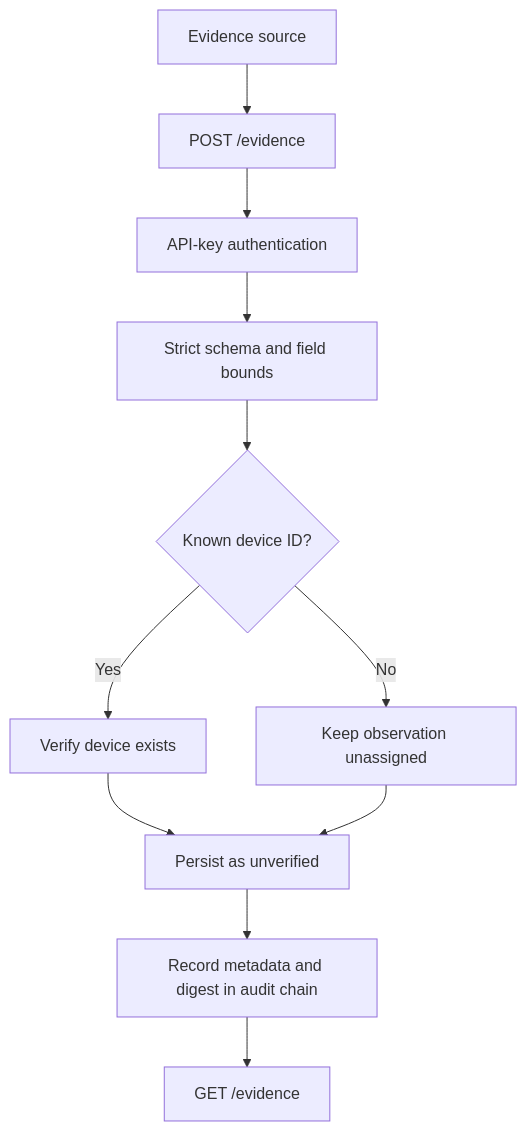
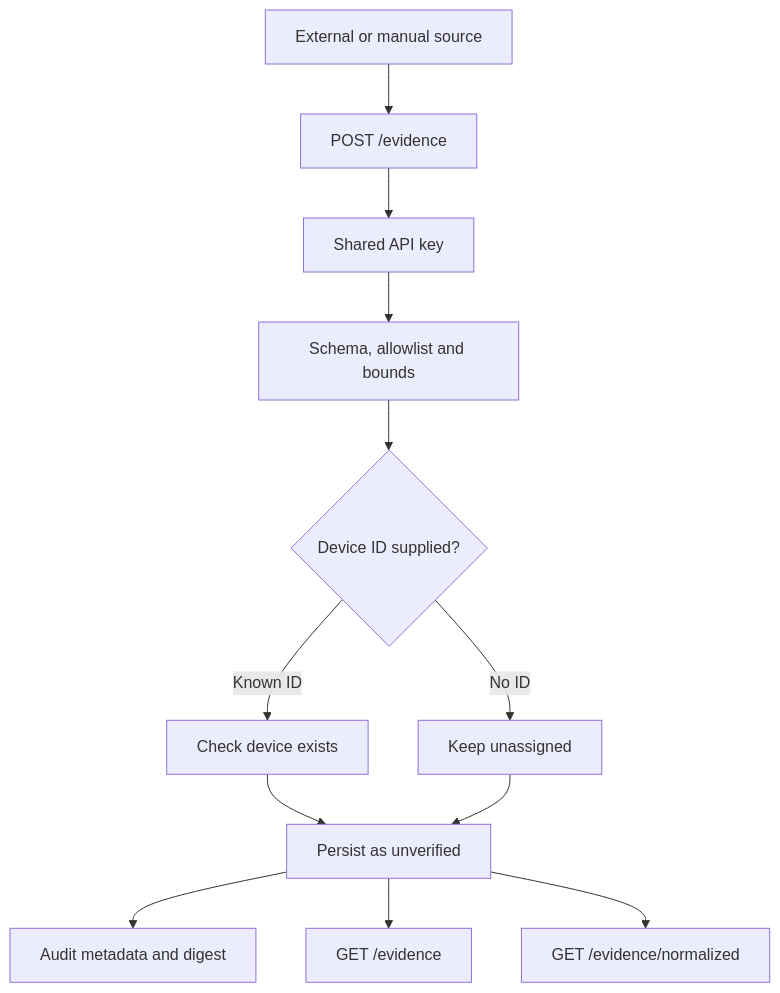
Before and after one commit to silvatechf/DeviceTrust: the second of 2 diagrams in docs/architecture.md, drawn with Mermaid. The commit also changed other lines of this file, not shown here.

Commit message:
docs: clarify docs/architecture.md

````diff
--- a/docs/architecture.md
+++ b/docs/architecture.md
@@ -45,13 +47,14 @@
 ```mermaid
 flowchart TD
-    SOURCE["Evidence source"] --> API["POST /evidence"]
-    API --> AUTH["API-key authentication"]
-    AUTH --> VALID["Strict schema and field bounds"]
-    VALID --> ASSOCIATION{"Known device ID?"}
-    ASSOCIATION -->|"Yes"| EXISTS["Verify device exists"]
-    ASSOCIATION -->|"No"| UNASSIGNED["Keep observation unassigned"]
-    EXISTS --> SAVE["Persist as unverified"]
-    UNASSIGNED --> SAVE
-    SAVE --> AUDIT["Record metadata and digest in audit chain"]
-    AUDIT --> READ["GET /evidence"]
+    SOURCE[External or manual source] --> POST[POST /evidence]
+    POST --> AUTH[Shared API key]
+    AUTH --> VALID[Schema, allowlist and bounds]
+    VALID --> DEVICE{Device ID supplied?}
+    DEVICE -->|Known ID| CHECK[Check device exists]
+    DEVICE -->|No ID| UNASSIGNED[Keep unassigned]
+    CHECK --> STORE[Persist as unverified]
+    UNASSIGNED --> STORE
+    STORE --> AUDIT[Audit metadata and digest]
+    STORE --> READ[GET /evidence]
+    STORE --> NORMAL[GET /evidence/normalized]
 ```
````
